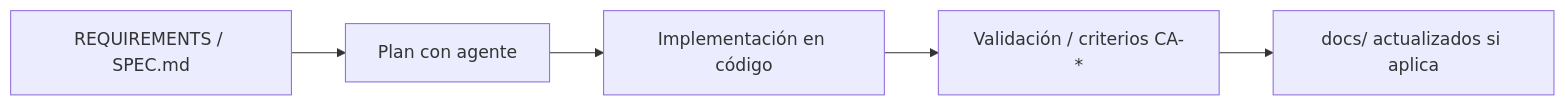
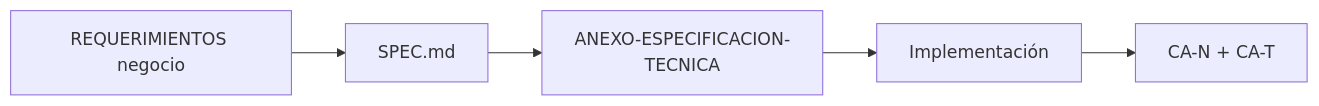
The diagram in spec-driven/specs/README.md (winbugsmx/ShopDemo), drawn with Mermaid before and after one commit. The commit also changed other lines of this file and 103 other files, not shown here.

````diff
--- a/spec-driven/specs/README.md
+++ b/spec-driven/specs/README.md
@@ -7,7 +7,7 @@
 ```mermaid
 flowchart LR
-    R[REQUIREMENTS / SPEC.md] --> P[Plan con agente]
-    P --> I[Implementación en código]
-    I --> V[Validación / criterios CA-*]
-    V --> D[docs/ actualizados si aplica]
+    N[REQUERIMIENTOS negocio] --> S[SPEC.md]
+    S --> T[ANEXO-ESPECIFICACION-TECNICA]
+    T --> I[Implementación]
+    I --> V[CA-N + CA-T]
 ```
````
